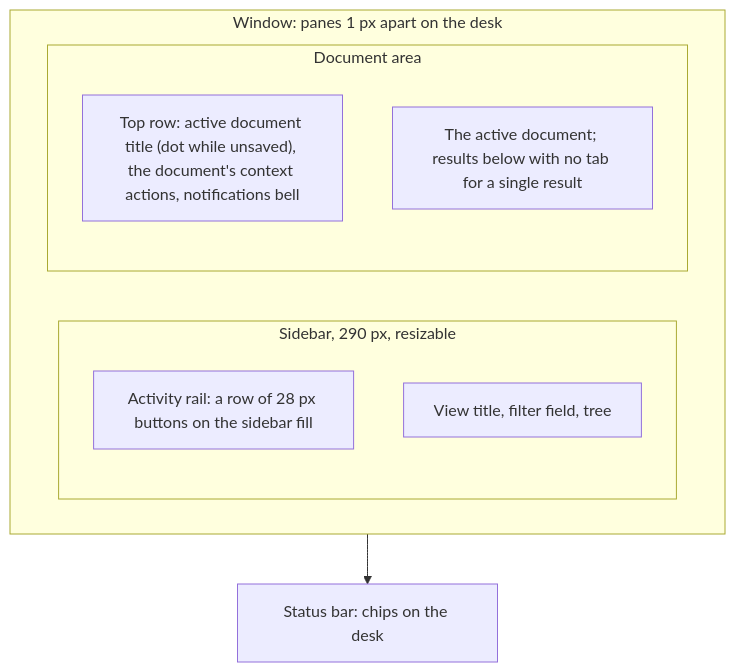
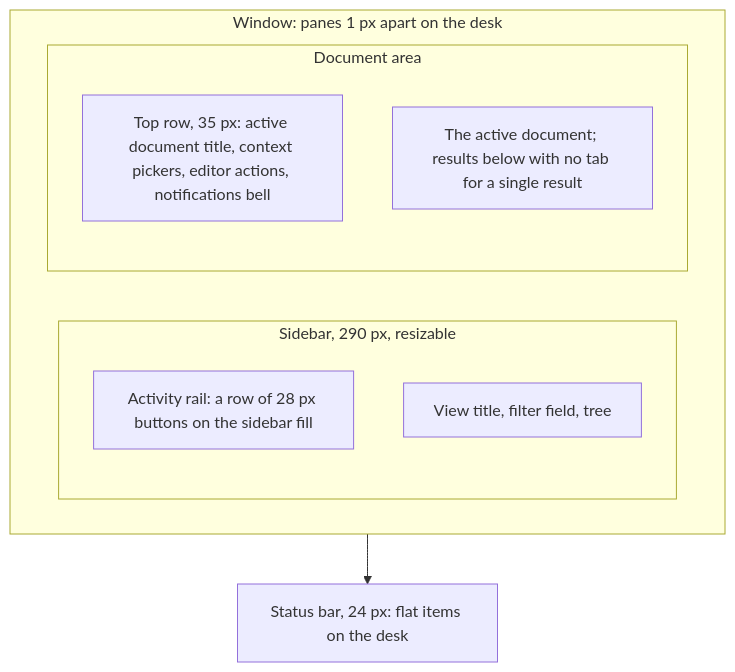
Before and after one commit to warfl0p/dbflux: the diagram in DESIGN.md, drawn with Mermaid. The commit also changed other lines of this file and 8 other files, not shown here.

````diff
--- a/DESIGN.md
+++ b/DESIGN.md
@@ -185,16 +189,16 @@
 ```mermaid
 flowchart TB
     subgraph body["Window: panes 1 px apart on the desk"]
         direction LR
         subgraph sidebar["Sidebar, 290 px, resizable"]
             rail["Activity rail: a row of 28 px buttons on the sidebar fill"]
             tree["View title, filter field, tree"]
         end
         subgraph document["Document area"]
-            top["Top row: active document title (dot while unsaved), the document's context actions, notifications bell"]
+            top["Top row, 35 px: active document title, context pickers, editor actions, notifications bell"]
             doc["The active document; results below with no tab for a single result"]
         end
     end
-    status["Status bar: chips on the desk"]
+    status["Status bar, 24 px: flat items on the desk"]
     body --> status
 ```
````
